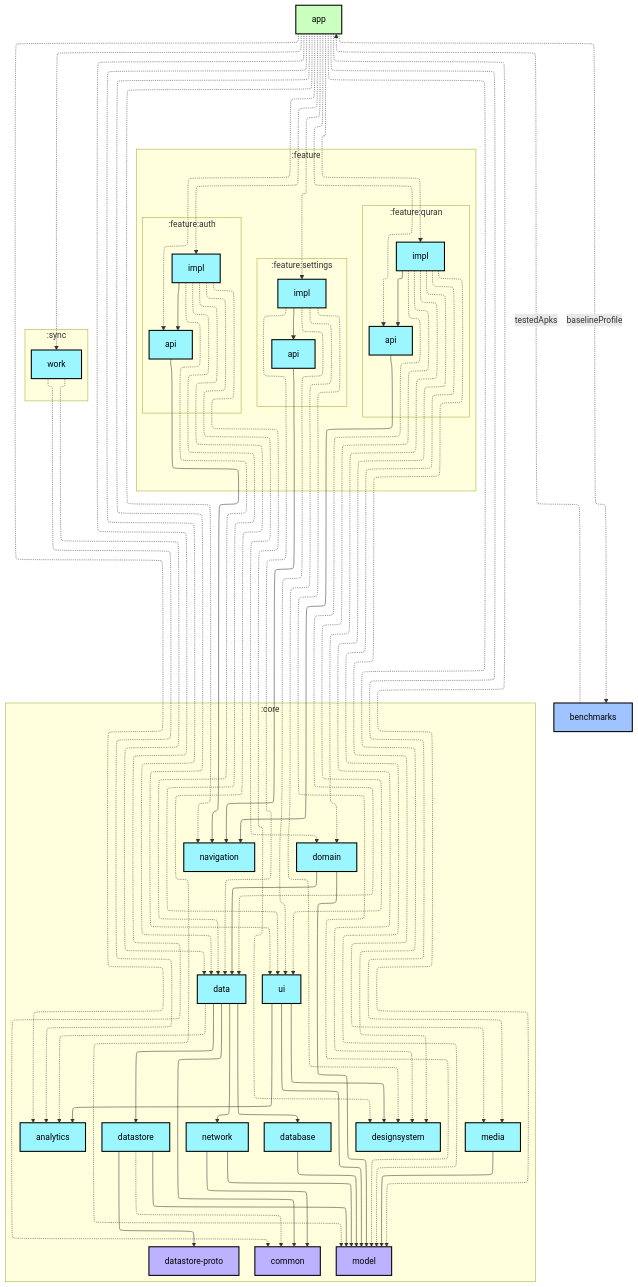
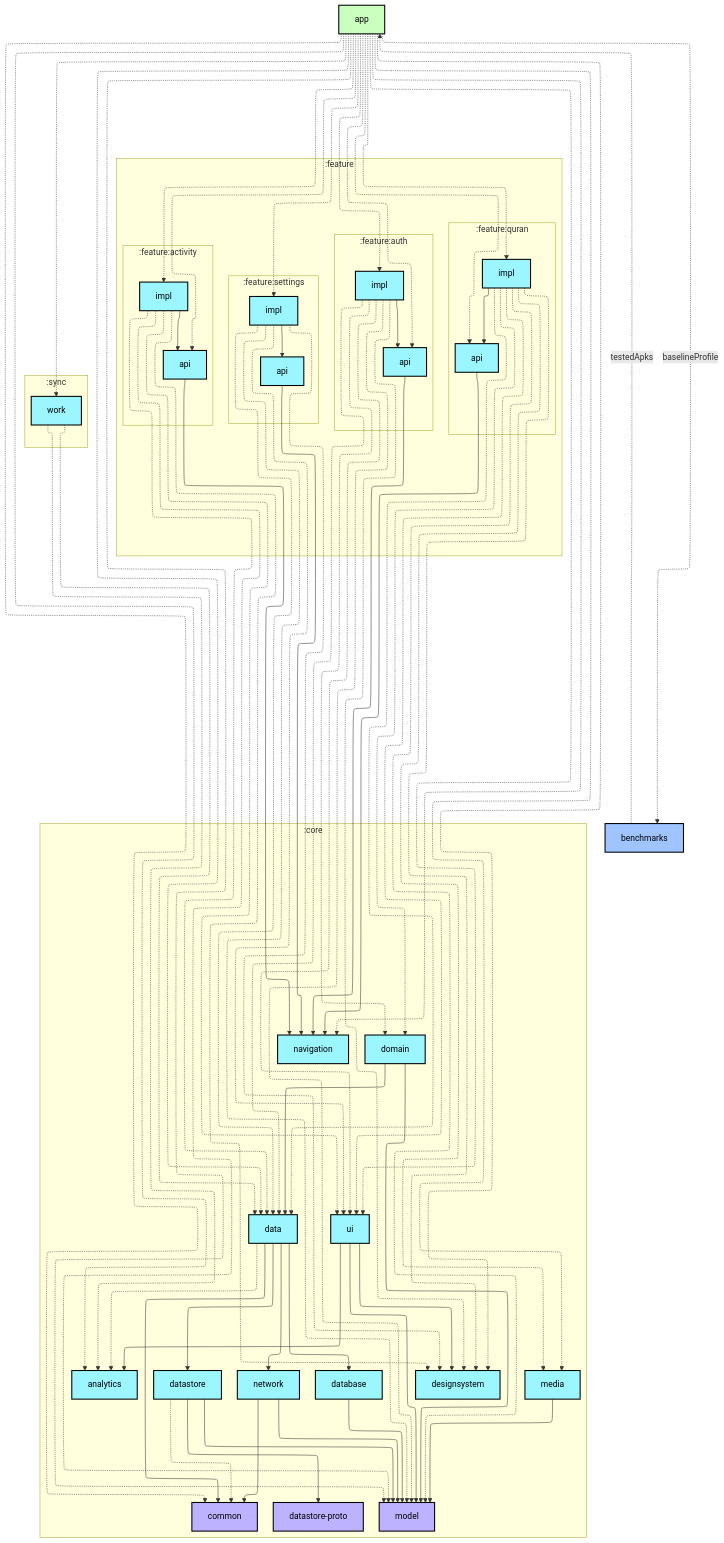
The first of 2 diagrams in app/README.md (alfariesh/surau-android), drawn with Mermaid before and after one commit. The commit also changed 18 other files, not shown here.

First line of the commit message:
M4: Activity screen (feature:activity module)

```diff
--- a/app/README.md
+++ b/app/README.md
@@ -17,6 +17,11 @@
       direction TB
       :feature:settings:api[api]:::android-library
       :feature:settings:impl[impl]:::android-library
+    end
+    subgraph :feature:activity
+      direction TB
+      :feature:activity:api[api]:::android-library
+      :feature:activity:impl[impl]:::android-library
     end
     subgraph :feature:auth
       direction TB
@@ -61,6 +66,8 @@
   :app -.-> :core:model
   :app -.-> :core:navigation
   :app -.-> :core:ui
+  :app -.-> :feature:activity:api
+  :app -.-> :feature:activity:impl
   :app -.-> :feature:auth:api
   :app -.-> :feature:auth:impl
   :app -.-> :feature:quran:api
@@ -85,6 +92,12 @@
   :core:ui --> :core:analytics
   :core:ui --> :core:designsystem
   :core:ui --> :core:model
+  :feature:activity:api --> :core:navigation
+  :feature:activity:impl -.-> :core:data
+  :feature:activity:impl -.-> :core:designsystem
+  :feature:activity:impl -.-> :core:model
+  :feature:activity:impl -.-> :core:ui
+  :feature:activity:impl --> :feature:activity:api
   :feature:auth:api --> :core:navigation
   :feature:auth:impl -.-> :core:data
   :feature:auth:impl -.-> :core:designsystem
```
